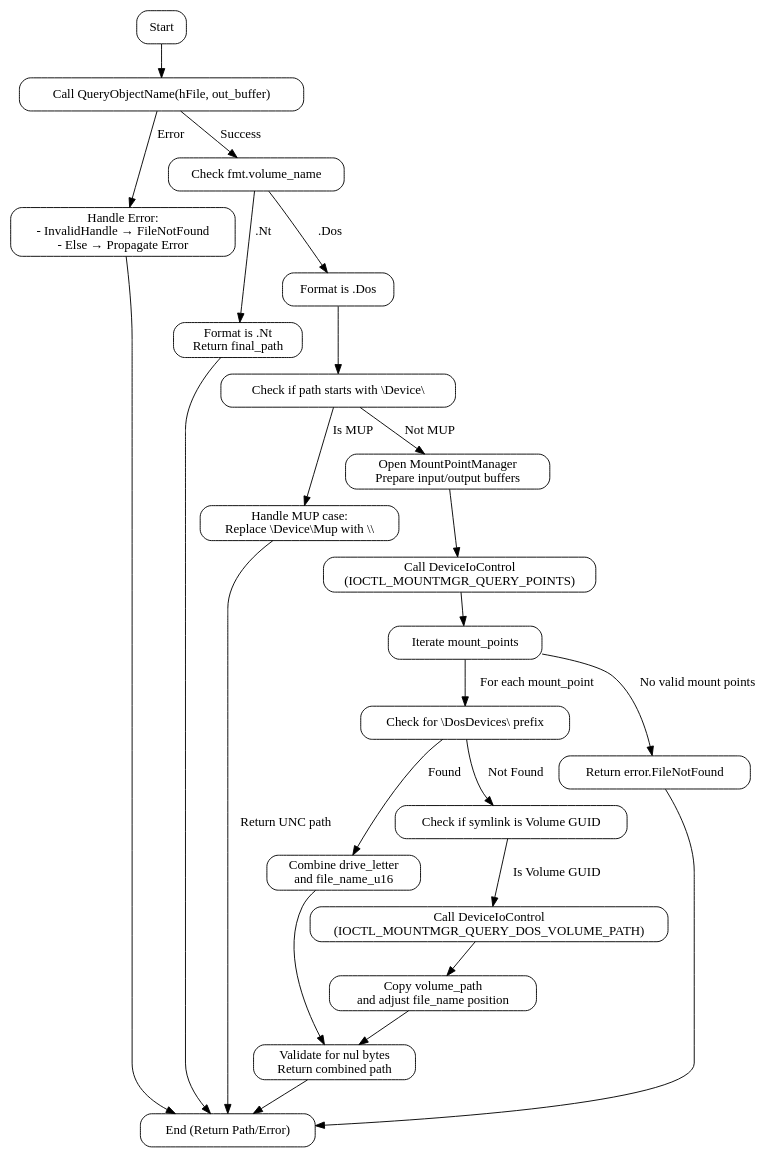
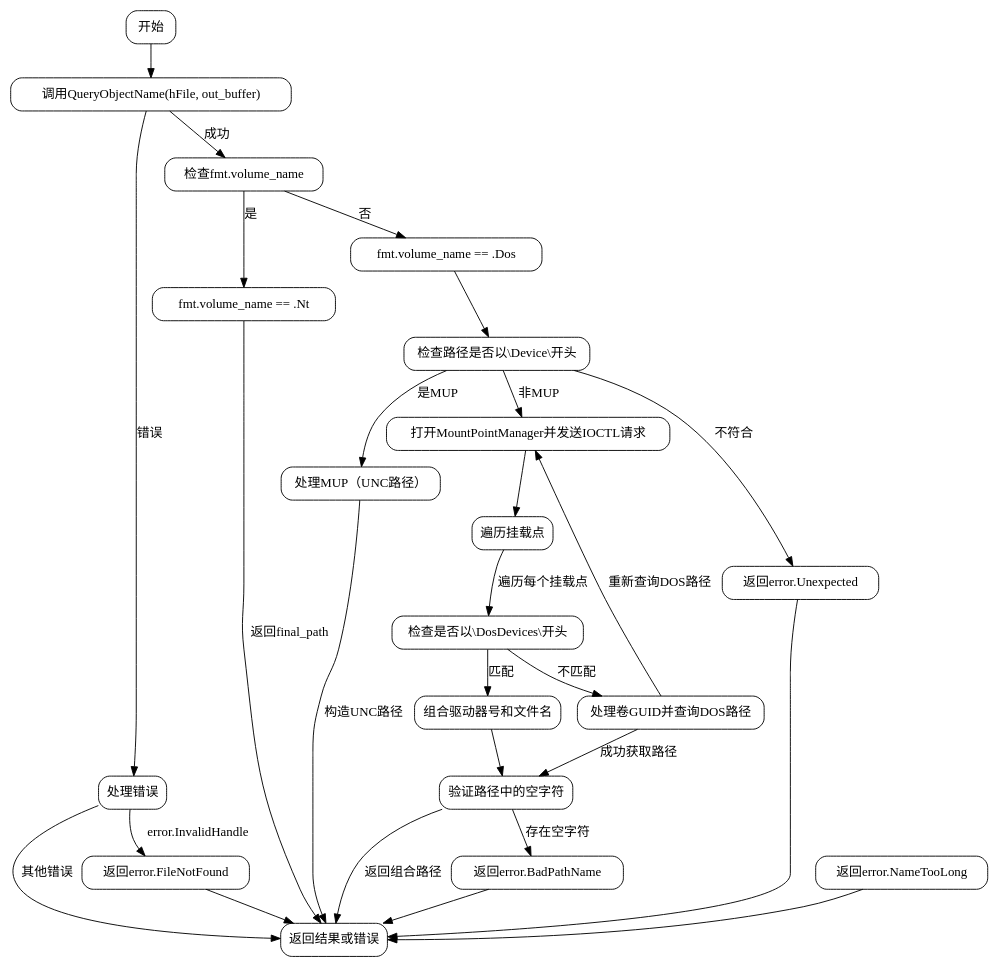
One commit to sdzx-1/deepseek-zig-reader changed the diagram in dot_std/os/windows.zig.GetFinalPathNameByHandle.md. Above: the diagram before and after it, drawn with Graphviz. The commit also changed other lines of this file and 236 other files, not shown here.

````diff
--- a/dot_std/os/windows.zig.GetFinalPathNameByHandle.md
+++ b/dot_std/os/windows.zig.GetFinalPathNameByHandle.md
@@ -25,54 +17,60 @@
-```graphviz
+```dot
 digraph GetFinalPathNameByHandle_Flowchart {
     node [shape=rectangle, style=rounded];
-    start [label="Start"];
-    end [label="End (Return Path/Error)"];
-    
-    query_object [label="Call QueryObjectName(hFile, out_buffer)"];
-    error_handle [label="Handle Error:\n- InvalidHandle → FileNotFound\n- Else → Propagate Error"];
-    check_fmt [label="Check fmt.volume_name"];
-    nt_case [label="Format is .Nt\nReturn final_path"];
-    dos_case [label="Format is .Dos"];
-    check_mup [label="Check if path starts with \\Device\\"];
-    handle_mup [label="Handle MUP case:\nReplace \\Device\\Mup with \\\\"];
-    query_mountmgr [label="Open MountPointManager\nPrepare input/output buffers"];
-    device_ioctl [label="Call DeviceIoControl\n(IOCTL_MOUNTMGR_QUERY_POINTS)"];
-    iterate_mount_points [label="Iterate mount_points"];
-    check_dosdevices [label="Check for \\DosDevices\\ prefix"];
-    handle_dosdevices [label="Combine drive_letter\nand file_name_u16"];
-    check_volume_guid [label="Check if symlink is Volume GUID"];
-    query_volume_path [label="Call DeviceIoControl\n(IOCTL_MOUNTMGR_QUERY_DOS_VOLUME_PATH)"];
-    combine_path [label="Copy volume_path\nand adjust file_name position"];
-    validate_path [label="Validate for nul bytes\nReturn combined path"];
-    error_file_not_found [label="Return error.FileNotFound"];
+    start [label="开始"];
+    end [label="返回结果或错误"];
+    query_object [label="调用QueryObjectName(hFile, out_buffer)"];
+    handle_error [label="处理错误"];
+    check_fmt [label="检查fmt.volume_name"];
+    nt_case [label="fmt.volume_name == .Nt"];
+    dos_case [label="fmt.volume_name == .Dos"];
+    check_device_prefix [label="检查路径是否以\\Device\\开头"];
+    handle_mup [label="处理MUP（UNC路径）"];
+    query_mount_manager [label="打开MountPointManager并发送IOCTL请求"];
+    process_mount_points [label="遍历挂载点"];
+    check_dosdevices [label="检查是否以\\DosDevices\\开头"];
+    handle_drive_letter [label="组合驱动器号和文件名"];
+    handle_volume_guid [label="处理卷GUID并查询DOS路径"];
+    validate_path [label="验证路径中的空字符"];
+    error_file_not_found [label="返回error.FileNotFound"];
+    error_unexpected [label="返回error.Unexpected"];
+    error_name_too_long [label="返回error.NameTooLong"];
+    error_bad_path [label="返回error.BadPathName"];
 
     start -> query_object;
-    query_object -> error_handle [label="Error"];
-    query_object -> check_fmt [label="Success"];
-    error_handle -> end;
+    query_object -> handle_error [label="错误"];
+    query_object -> check_fmt [label="成功"];
 
-    check_fmt -> nt_case [label=".Nt"];
-    check_fmt -> dos_case [label=".Dos"];
-    nt_case -> end;
+    handle_error -> error_file_not_found [label="error.InvalidHandle"];
+    handle_error -> end [label="其他错误"];
 
-    dos_case -> check_mup;
-    check_mup -> handle_mup [label="Is MUP"];
-    check_mup -> query_mountmgr [label="Not MUP"];
-    handle_mup -> end [label="Return UNC path"];
+    check_fmt -> nt_case [label="是"];
+    check_fmt -> dos_case [label="否"];
 
-    query_mountmgr -> device_ioctl;
-    device_ioctl -> iterate_mount_points;
-    iterate_mount_points -> check_dosdevices [label="For each mount_point"];
-    check_dosdevices -> handle_dosdevices [label="Found"];
-    check_dosdevices -> check_volume_guid [label="Not Found"];
-    handle_dosdevices -> validate_path;
-    validate_path -> end;
+    nt_case -> end [label="返回final_path"];
 
-    check_volume_guid -> query_volume_path [label="Is Volume GUID"];
-    query_volume_path -> combine_path;
-    combine_path -> validate_path;
+    dos_case -> check_device_prefix;
+    check_device_prefix -> error_unexpected [label="不符合"];
+    check_device_prefix -> handle_mup [label="是MUP"];
+    check_device_prefix -> query_mount_manager [label="非MUP"];
 
-    iterate_mount_points -> error_file_not_found [label="No valid mount points"];
+    handle_mup -> end [label="构造UNC路径"];
+
+    query_mount_manager -> process_mount_points;
+    process_mount_points -> check_dosdevices [label="遍历每个挂载点"];
+    check_dosdevices -> handle_drive_letter [label="匹配"];
+    check_dosdevices -> handle_volume_guid [label="不匹配"];
+
+    handle_drive_letter -> validate_path;
+    validate_path -> error_bad_path [label="存在空字符"];
+    validate_path -> end [label="返回组合路径"];
+
+    handle_volume_guid -> query_mount_manager [label="重新查询DOS路径"];
+    handle_volume_guid -> validate_path [label="成功获取路径"];
+
     error_file_not_found -> end;
+    error_unexpected -> end;
+    error_name_too_long -> end;
+    error_bad_path -> end;
 }
 ```
````
